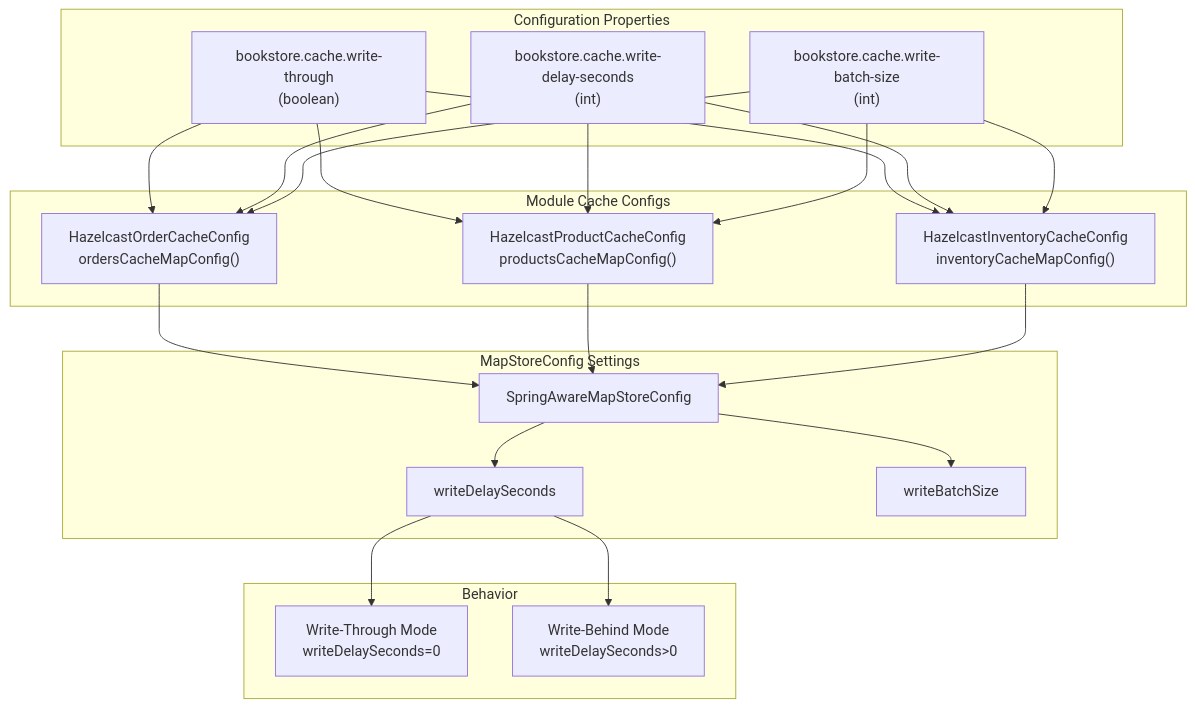
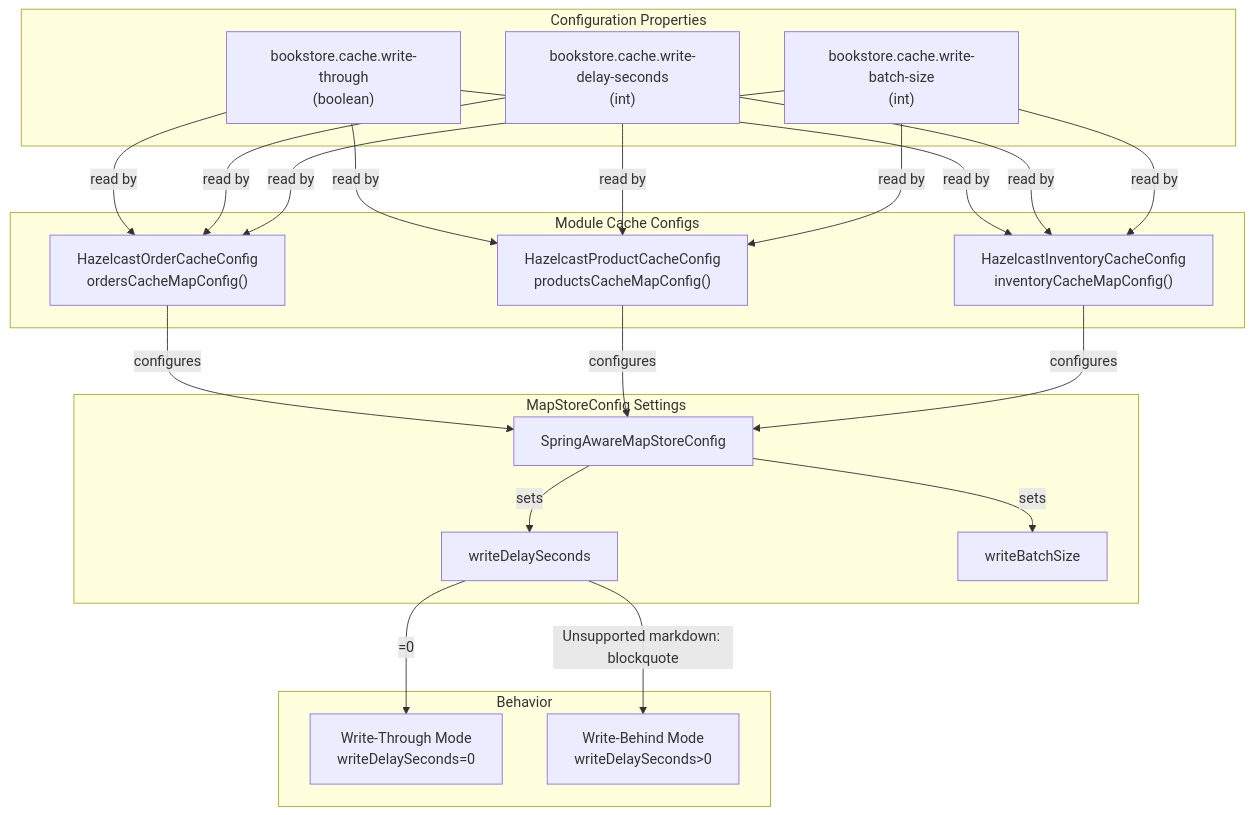
Before and after one commit to philipz/spring-modular-monolith: the first of 3 diagrams in docs/deepwiki/Cache-Properties.md, drawn with Mermaid. The commit also changed other lines of this file and 55 other files, not shown here.

````diff
--- a/docs/deepwiki/Cache-Properties.md
+++ b/docs/deepwiki/Cache-Properties.md
@@ -95,55 +95,55 @@
 ```mermaid
 flowchart TD
 
 WT["bookstore.cache.write-through<br>(boolean)"]
 WDS["bookstore.cache.write-delay-seconds<br>(int)"]
 WBS["bookstore.cache.write-batch-size<br>(int)"]
 OCC["HazelcastOrderCacheConfig<br>ordersCacheMapConfig()"]
 PCC["HazelcastProductCacheConfig<br>productsCacheMapConfig()"]
 ICC["HazelcastInventoryCacheConfig<br>inventoryCacheMapConfig()"]
 MSC["SpringAwareMapStoreConfig"]
 Delay["writeDelaySeconds"]
 Batch["writeBatchSize"]
 WTMode["Write-Through Mode<br>writeDelaySeconds=0"]
 WBMode["Write-Behind Mode<br>writeDelaySeconds>0"]
 
-WT --> OCC
-WDS --> OCC
-WBS --> OCC
-WT --> PCC
-WDS --> PCC
-WBS --> PCC
-WT --> ICC
-WDS --> ICC
-WBS --> ICC
-OCC --> MSC
-PCC --> MSC
-ICC --> MSC
-Delay --> WTMode
-Delay --> WBMode
+WT -->|"read by"| OCC
+WDS -->|"read by"| OCC
+WBS -->|"read by"| OCC
+WT -->|"read by"| PCC
+WDS -->|"read by"| PCC
+WBS -->|"read by"| PCC
+WT -->|"read by"| ICC
+WDS -->|"read by"| ICC
+WBS -->|"read by"| ICC
+OCC -->|"configures"| MSC
+PCC -->|"configures"| MSC
+ICC -->|"configures"| MSC
+Delay -->|"=0"| WTMode
+Delay -->|"Unsupported markdown: blockquote"| WBMode
 
 subgraph Behavior ["Behavior"]
     WTMode
     WBMode
 end
 
 subgraph subGraph2 ["MapStoreConfig Settings"]
     MSC
     Delay
     Batch
-    MSC --> Delay
-    MSC --> Batch
+    MSC -->|"sets"| Delay
+    MSC -->|"sets"| Batch
 end
 
 subgraph subGraph1 ["Module Cache Configs"]
     OCC
     PCC
     ICC
 end
 
 subgraph subGraph0 ["Configuration Properties"]
     WT
     WDS
     WBS
 end
 ```
````
